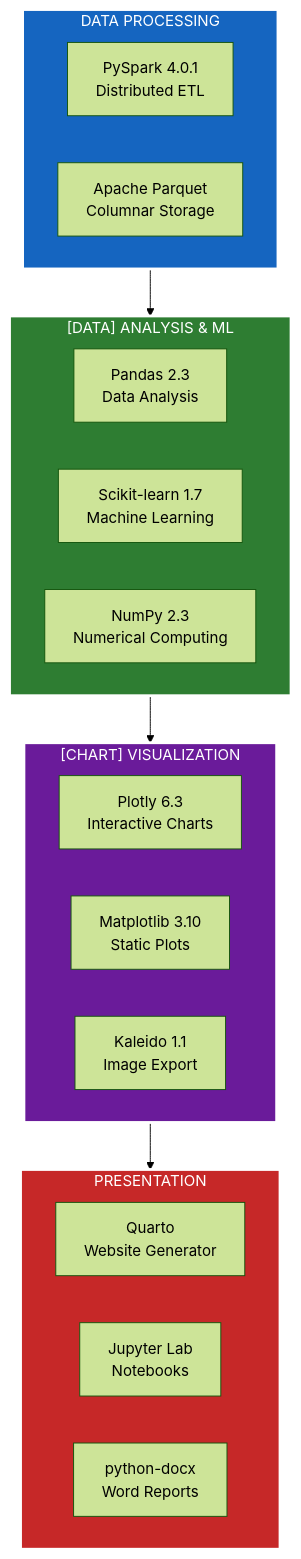
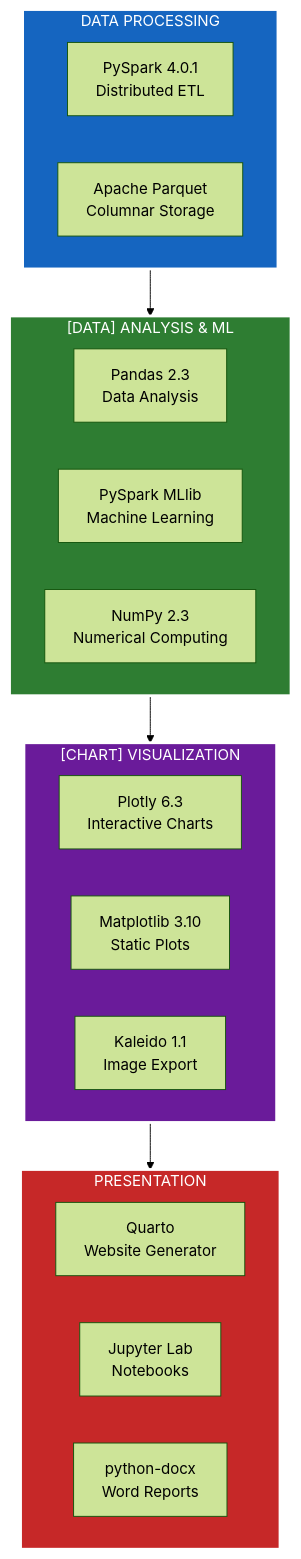
Before and after one commit to samarthya/ad688-scratch: the second of 11 diagrams in ARCHITECTURE.md, drawn with Mermaid (forest theme). The commit also changed other lines of this file and 31 other files, not shown here.

````diff
--- a/ARCHITECTURE.md
+++ b/ARCHITECTURE.md
@@ -83,34 +83,34 @@
 ```mermaid
 graph TB
     subgraph PROCESSING[" DATA PROCESSING"]
         SPARK[PySpark 4.0.1<br/>Distributed ETL]
         PARQUET[Apache Parquet<br/>Columnar Storage]
     end
 
     subgraph ANALYSIS["[DATA] ANALYSIS & ML"]
         PANDAS[Pandas 2.3<br/>Data Analysis]
-        SKLEARN[Scikit-learn 1.7<br/>Machine Learning]
+        MLLIB[PySpark MLlib<br/>Machine Learning]
         NUMPY[NumPy 2.3<br/>Numerical Computing]
     end
 
     subgraph VISUALIZATION["[CHART] VISUALIZATION"]
         PLOTLY[Plotly 6.3<br/>Interactive Charts]
         MATPLOTLIB[Matplotlib 3.10<br/>Static Plots]
         KALEIDO[Kaleido 1.1<br/>Image Export]
     end
 
     subgraph PRESENTATION[" PRESENTATION"]
         QUARTO[Quarto<br/>Website Generator]
         JUPYTER[Jupyter Lab<br/>Notebooks]
         DOCX[python-docx<br/>Word Reports]
     end
 
     PROCESSING --> ANALYSIS
     ANALYSIS --> VISUALIZATION
     VISUALIZATION --> PRESENTATION
 
     style PROCESSING fill:#1565c0,stroke:#fff,color:#fff,stroke-width:3px
     style ANALYSIS fill:#2e7d32,stroke:#fff,color:#fff,stroke-width:3px
     style VISUALIZATION fill:#6a1b9a,stroke:#fff,color:#fff,stroke-width:3px
     style PRESENTATION fill:#c62828,stroke:#fff,color:#fff,stroke-width:3px
 ```
````
